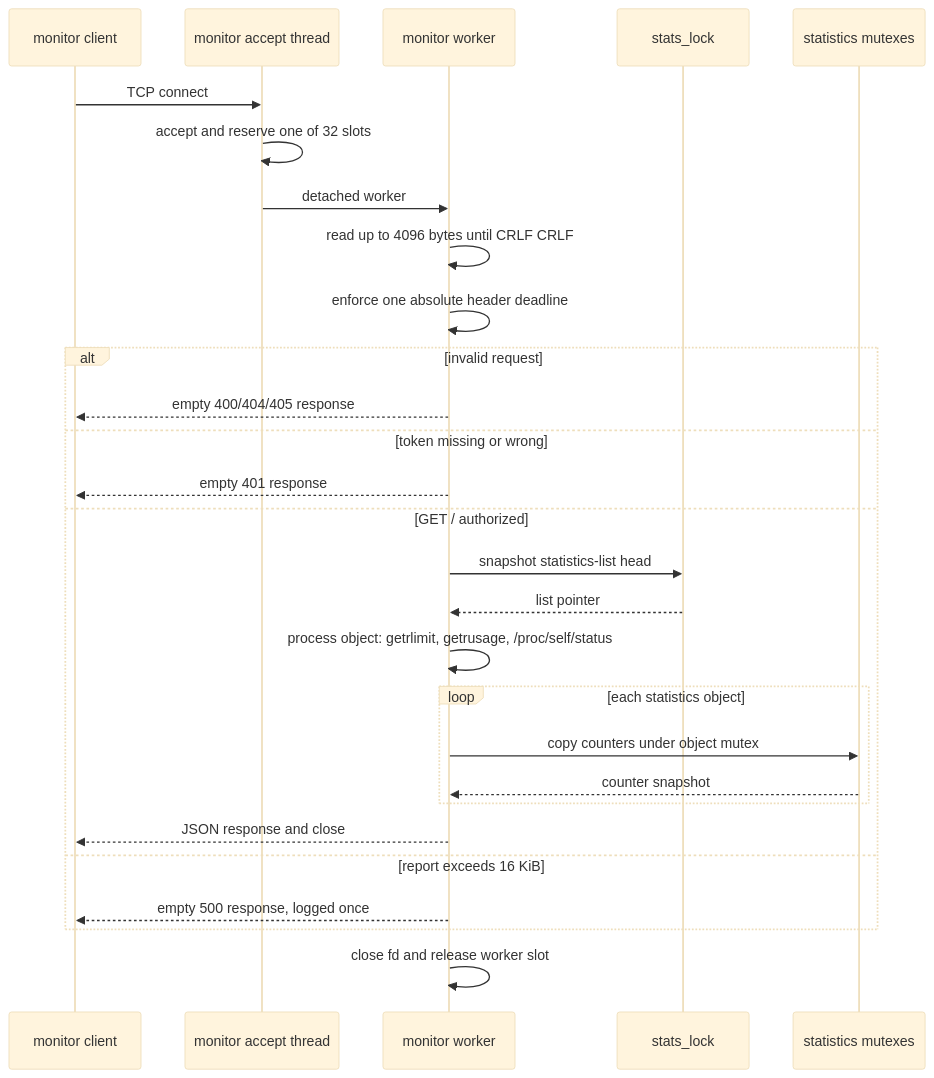
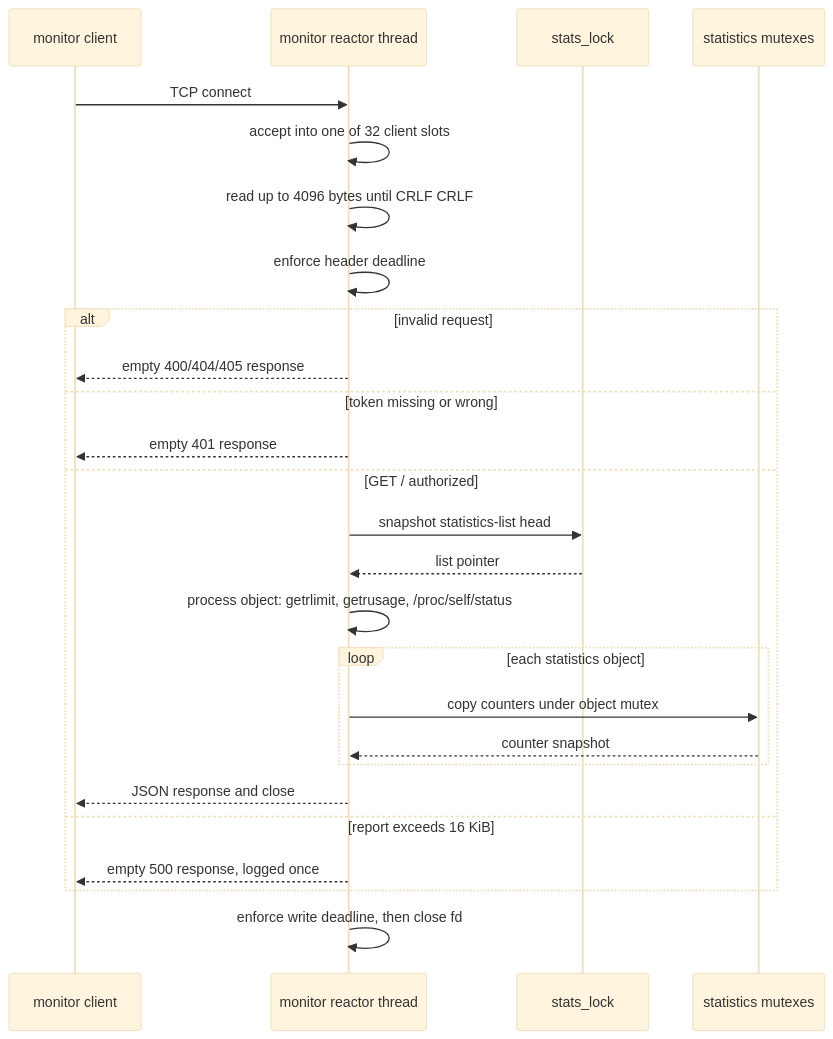
Before and after one commit to 0x7a657573/zroxy: the eighth of 11 diagrams in ARCHITECTURE.md, drawn with Mermaid (base theme). The commit also changed other lines of this file and 2 other files, not shown here.

Commit message:
docs: describe the single-thread monitor

````diff
--- a/ARCHITECTURE.md
+++ b/ARCHITECTURE.md
@@ -817,31 +812,29 @@
 ```mermaid
 sequenceDiagram
     participant C as monitor client
-    participant A as monitor accept thread
-    participant W as monitor worker
+    participant R as monitor reactor thread
     participant L as stats_lock
     participant S as statistics mutexes
 
-    C->>A: TCP connect
-    A->>A: accept and reserve one of 32 slots
-    A->>W: detached worker
-    W->>W: read up to 4096 bytes until CRLF CRLF
-    W->>W: enforce one absolute header deadline
+    C->>R: TCP connect
+    R->>R: accept into one of 32 client slots
+    R->>R: read up to 4096 bytes until CRLF CRLF
+    R->>R: enforce header deadline
     alt invalid request
-        W-->>C: empty 400/404/405 response
+        R-->>C: empty 400/404/405 response
     else token missing or wrong
-        W-->>C: empty 401 response
+        R-->>C: empty 401 response
     else GET / authorized
-        W->>L: snapshot statistics-list head
-        L-->>W: list pointer
-        W->>W: process object: getrlimit, getrusage, /proc/self/status
+        R->>L: snapshot statistics-list head
+        L-->>R: list pointer
+        R->>R: process object: getrlimit, getrusage, /proc/self/status
         loop each statistics object
-            W->>S: copy counters under object mutex
-            S-->>W: counter snapshot
+            R->>S: copy counters under object mutex
+            S-->>R: counter snapshot
         end
-        W-->>C: JSON response and close
+        R-->>C: JSON response and close
     else report exceeds 16 KiB
-        W-->>C: empty 500 response, logged once
+        R-->>C: empty 500 response, logged once
     end
-    W->>W: close fd and release worker slot
+    R->>R: enforce write deadline, then close fd
 ```
````
